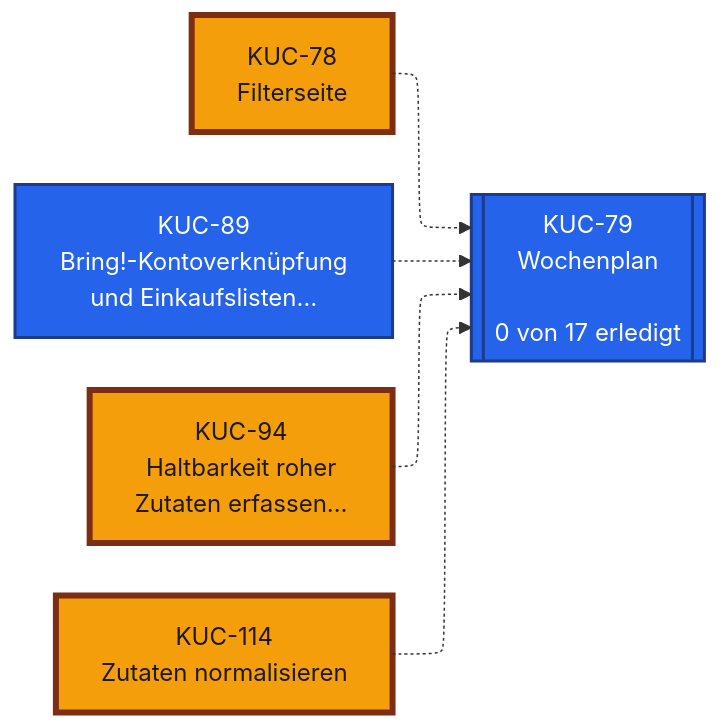
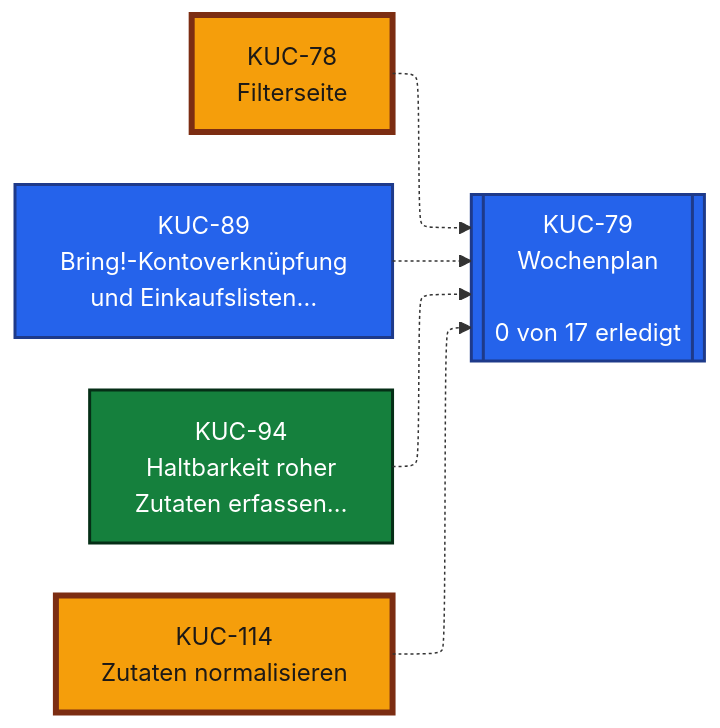
Before and after one commit to isntfunny/kitchenpace: the second of 5 diagrams in GAMEPLAN.md, drawn with Mermaid. The commit also changed other lines of this file, not shown here.

Commit message:
docs: regenerate GAMEPLAN.md after the 2026-11-21 release (KUC-88, KUC-94, KUC-115, KUC-116 done)

````diff
--- a/GAMEPLAN.md
+++ b/GAMEPLAN.md
@@ -83,25 +83,25 @@
 ```mermaid
 %%{init: {"flowchart": {"defaultRenderer": "elk"}}}%%
 flowchart LR
     KUC78["KUC-78<br/>Filterseite"]:::doing
     KUC89["KUC-89<br/>Bring!-Kontoverknüpfung<br/>und Einkaufslisten…"]:::todo
-    KUC94["KUC-94<br/>Haltbarkeit roher<br/>Zutaten erfassen…"]:::doing
+    KUC94["KUC-94<br/>Haltbarkeit roher<br/>Zutaten erfassen…"]:::done
     KUC114["KUC-114<br/>Zutaten normalisieren"]:::doing
     KUC79[["KUC-79<br/>Wochenplan<br/><br/>0 von 17 erledigt"]]:::todo
     KUC78 -.-> KUC79
     KUC89 -.-> KUC79
     KUC94 -.-> KUC79
     KUC114 -.-> KUC79
     click KUC78 "https://youtrack.tecfriends.de/issue/KUC-78"
     click KUC79 "https://youtrack.tecfriends.de/issue/KUC-79"
     click KUC89 "https://youtrack.tecfriends.de/issue/KUC-89"
     click KUC94 "https://youtrack.tecfriends.de/issue/KUC-94"
     click KUC114 "https://youtrack.tecfriends.de/issue/KUC-114"
     classDef ideas fill:#f3e8ff,stroke:#7e22ce,color:#3b0764,stroke-dasharray:2 4
     classDef backlog fill:#f1f5f9,stroke:#64748b,color:#0f172a,stroke-dasharray:6 4
     classDef todo fill:#2563eb,stroke:#1e3a8a,color:#ffffff,stroke-width:2px
     classDef doing fill:#f59e0b,stroke:#7c2d12,color:#1c1917,stroke-width:4px
     classDef done fill:#15803d,stroke:#052e16,color:#ffffff,stroke-width:2px
     classDef wontdo fill:#fee2e2,stroke:#b91c1c,color:#450a0a,stroke-dasharray:2 2
     classDef unknown fill:#ffffff,stroke:#6b7280,color:#111827,stroke-dasharray:1 3
 ```
````
